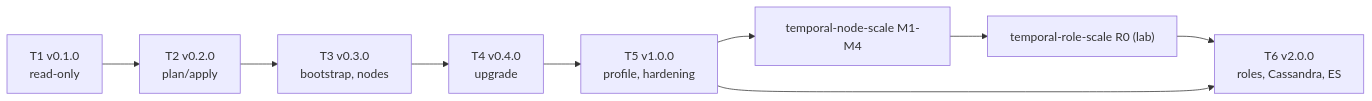
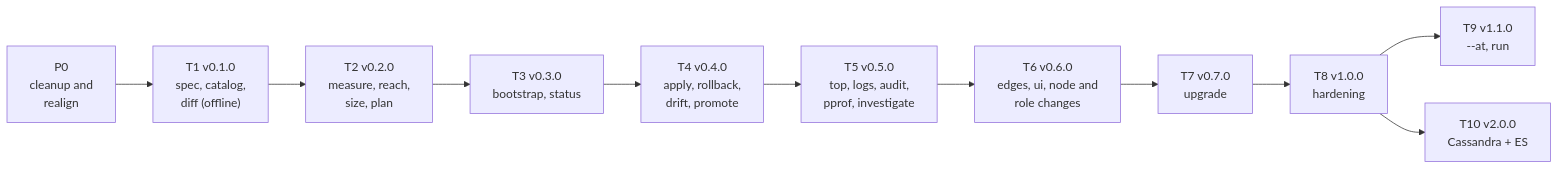
Before and after one commit to 2SSK/tops: the diagram in docs/implementation-plan.md, drawn with Mermaid. The commit also changed other lines of this file and 7 other files, not shown here.

Commit message:
docs: 📜 realign design around fleet repo, environments and roles

````diff
--- a/docs/implementation-plan.md
+++ b/docs/implementation-plan.md
@@ -31,11 +57,13 @@
 ```mermaid
 flowchart LR
-    T1["T1 v0.1.0<br/>read-only"] --> T2["T2 v0.2.0<br/>plan/apply"]
-    T2 --> T3["T3 v0.3.0<br/>bootstrap, nodes"]
-    T3 --> T4["T4 v0.4.0<br/>upgrade"]
-    T4 --> T5["T5 v1.0.0<br/>profile, hardening"]
-    T5 --> M["temporal-node-scale M1-M4"]
-    M --> R0["temporal-role-scale R0 (lab)"]
-    R0 --> T6["T6 v2.0.0<br/>roles, Cassandra, ES"]
-    T5 --> T6
+    P0["P0<br/>cleanup and<br/>realign"] --> T1["T1 v0.1.0<br/>spec, catalog,<br/>diff (offline)"]
+    T1 --> T2["T2 v0.2.0<br/>measure, reach,<br/>size, plan"]
+    T2 --> T3["T3 v0.3.0<br/>bootstrap, status"]
+    T3 --> T4["T4 v0.4.0<br/>apply, rollback,<br/>drift, promote"]
+    T4 --> T5["T5 v0.5.0<br/>top, logs, audit,<br/>pprof, investigate"]
+    T5 --> T6["T6 v0.6.0<br/>edges, ui, node and<br/>role changes"]
+    T6 --> T7["T7 v0.7.0<br/>upgrade"]
+    T7 --> T8["T8 v1.0.0<br/>hardening"]
+    T8 --> T9["T9 v1.1.0<br/>--at, run"]
+    T8 --> T10["T10 v2.0.0<br/>Cassandra + ES"]
 ```
````
